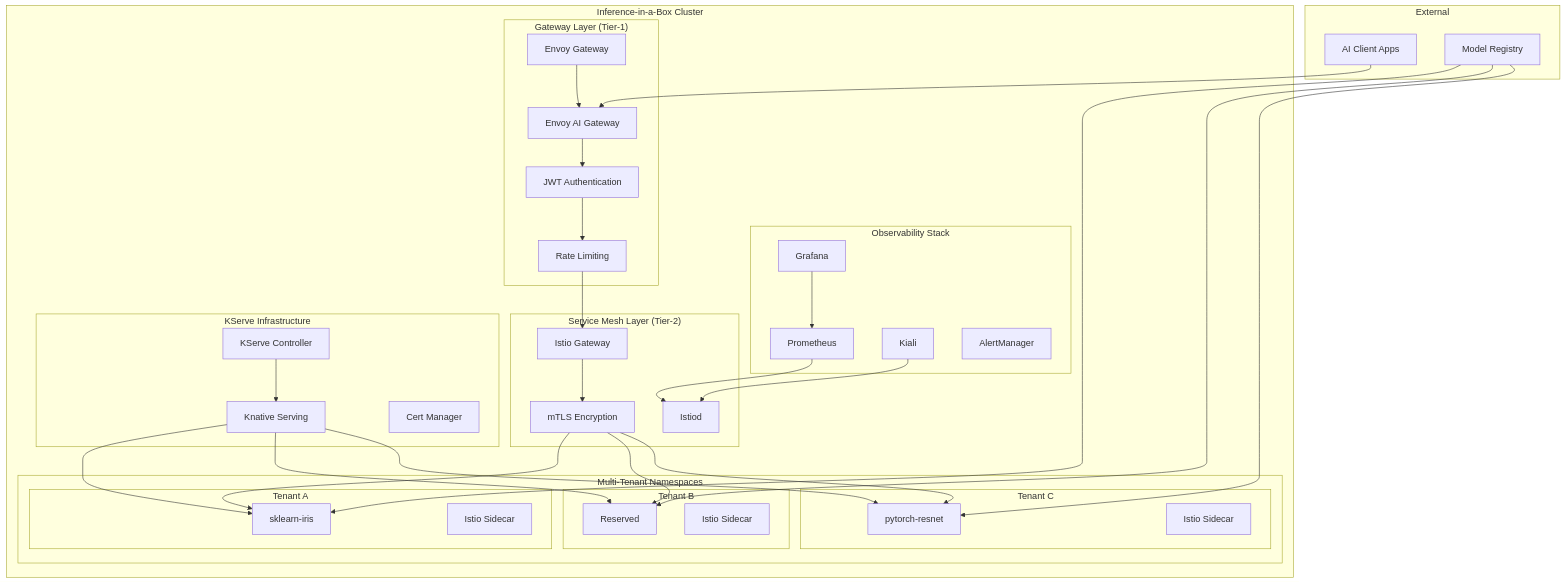
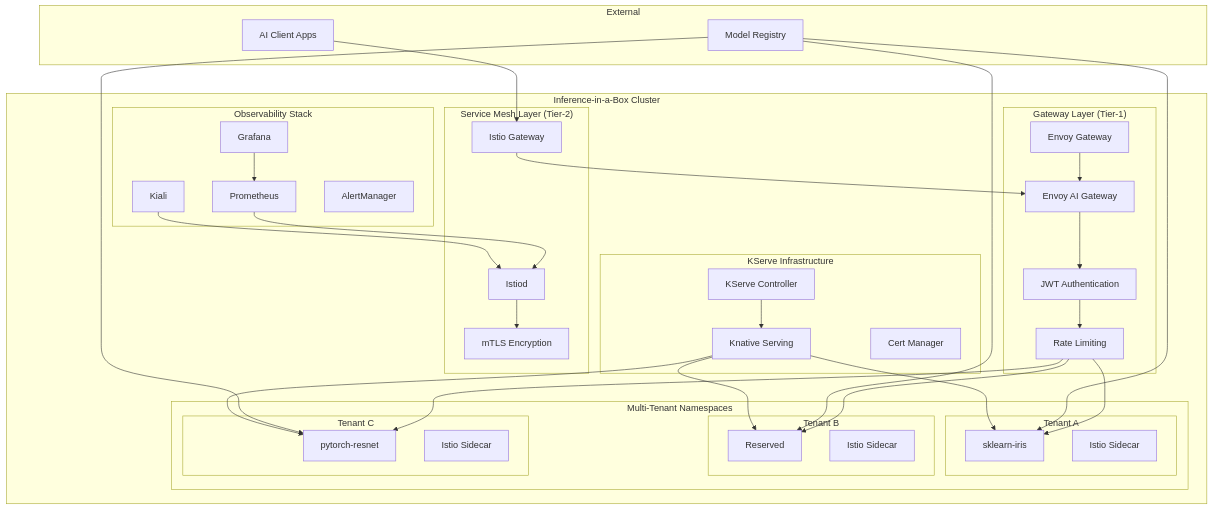
One commit to smarunich/inference-in-a-box changed the first of 6 diagrams in README.md. Above: the diagram before and after it, drawn with Mermaid. The commit also changed 7 other files, not shown here.

First line of the commit message:
Update docs for JWT server, AI Gateway, and architecture

````diff
--- a/README.md
+++ b/README.md
@@ -18,74 +18,74 @@
 ```mermaid
 graph TB
     subgraph "Inference-in-a-Box Cluster"
         subgraph "Observability Stack"
             P[Prometheus]
             G[Grafana]
             K[Kiali]
             AM[AlertManager]
         end
         
         subgraph "Gateway Layer (Tier-1)"
             EG[Envoy Gateway]
             EAG[Envoy AI Gateway]
             AUTH[JWT Authentication]
             RL[Rate Limiting]
         end
         
         subgraph "Service Mesh Layer (Tier-2)"
             IC[Istiod]
             IG[Istio Gateway]
             MTLS[mTLS Encryption]
         end
         
         subgraph "Multi-Tenant Namespaces"
             subgraph "Tenant A"
                 KS1[sklearn-iris]
                 IS1[Istio Sidecar]
             end
             subgraph "Tenant B"
                 KS2[Reserved]
                 IS2[Istio Sidecar]
             end
             subgraph "Tenant C"
                 KS3[pytorch-resnet]
                 IS3[Istio Sidecar]
             end
         end
         
         subgraph "KServe Infrastructure"
             KC[KServe Controller]
             KN[Knative Serving]
             CM[Cert Manager]
         end
     end
     
     subgraph "External"
         CLIENT[AI Client Apps]
         MODELS[Model Registry]
     end
     
-    CLIENT --> EAG
+    CLIENT --> IG
+    IG --> EAG
     EAG --> AUTH
     AUTH --> RL
-    RL --> IG
-    IG --> MTLS
-    MTLS --> KS1
-    MTLS --> KS2
-    MTLS --> KS3
+    RL --> KS1
+    RL --> KS2
+    RL --> KS3
     
     P --> IC
     G --> P
     K --> IC
     
     MODELS --> KS1
     MODELS --> KS2
     MODELS --> KS3
     
     KC --> KN
     KN --> KS1
     KN --> KS2
     KN --> KS3
     
     EG --> EAG
+    IC --> MTLS
 ```
````
